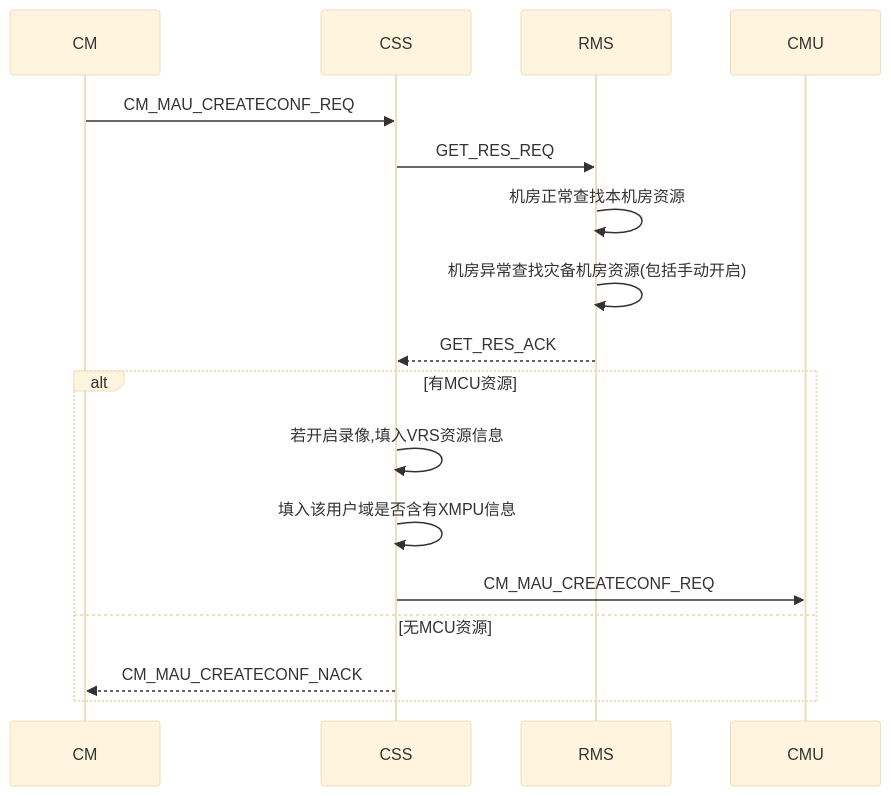
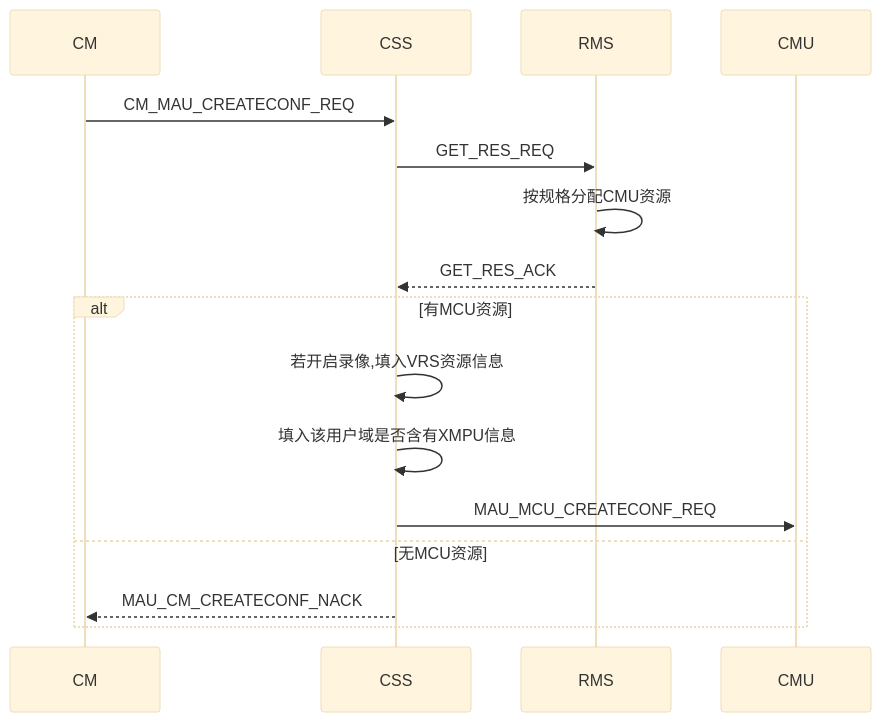
The first of 5 diagrams in x需求_/5.1sp4css/5.1sp4css概要设计.md (github188/w_doc), drawn with Mermaid (base theme) before and after one commit. The commit also changed other lines of this file and 2 other files, not shown here.

````diff
--- a/x需求_/5.1sp4css/5.1sp4css概要设计.md
+++ b/x需求_/5.1sp4css/5.1sp4css概要设计.md
@@ -13,15 +13,14 @@
 ```mermaid
 sequenceDiagram
 CM->>CSS: CM_MAU_CREATECONF_REQ
 CSS->>RMS: GET_RES_REQ
-RMS->>RMS: 机房正常查找本机房资源
-RMS->>RMS: 机房异常查找灾备机房资源(包括手动开启)
+RMS->>RMS: 按规格分配CMU资源
 RMS-->>CSS: GET_RES_ACK
 alt 有MCU资源
 CSS->>CSS: 若开启录像,填入VRS资源信息
 CSS->>CSS: 填入该用户域是否含有XMPU信息
-CSS->>CMU: CM_MAU_CREATECONF_REQ
+CSS->>CMU: MAU_MCU_CREATECONF_REQ
 else 无MCU资源
-CSS-->>CM: CM_MAU_CREATECONF_NACK
+CSS-->>CM: MAU_CM_CREATECONF_NACK
 end
 ```
````
